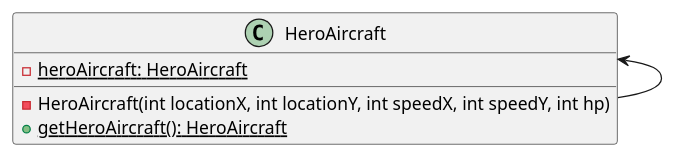
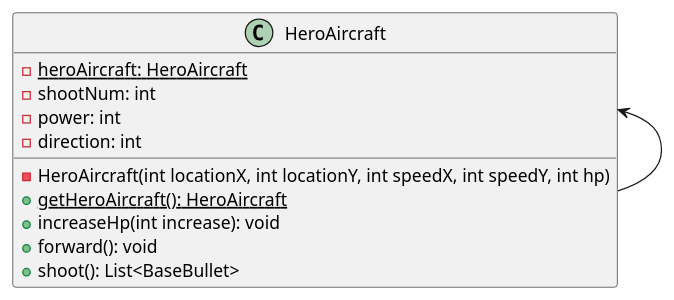
One commit to Lau-pq/AircraftWar changed the diagram in uml/Singleton.puml. Above: the diagram before and after it, drawn with PlantUML. The commit also changed 4 other files, not shown here.

Commit message:
修改uml图

```diff
--- a/uml/Singleton.puml
+++ b/uml/Singleton.puml
@@ -1,12 +1,18 @@
 @startuml
 'https://plantuml.com/class-diagram
 
 class HeroAircraft {
     - {static} heroAircraft: HeroAircraft
+    - shootNum: int
+    - power: int
+    - direction: int
     - HeroAircraft(int locationX, int locationY, int speedX, int speedY, int hp)
     + {static} getHeroAircraft(): HeroAircraft
+    + increaseHp(int increase): void
+    + forward(): void
+    + shoot(): List<BaseBullet>
 }
 
 HeroAircraft <-- HeroAircraft
 
 @enduml
```
